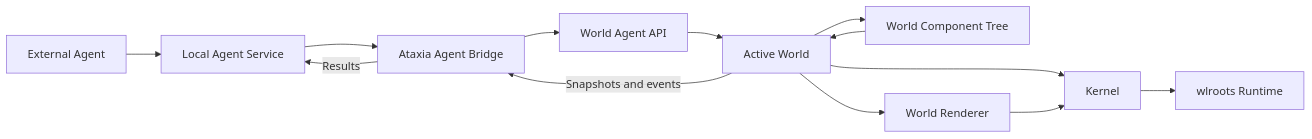
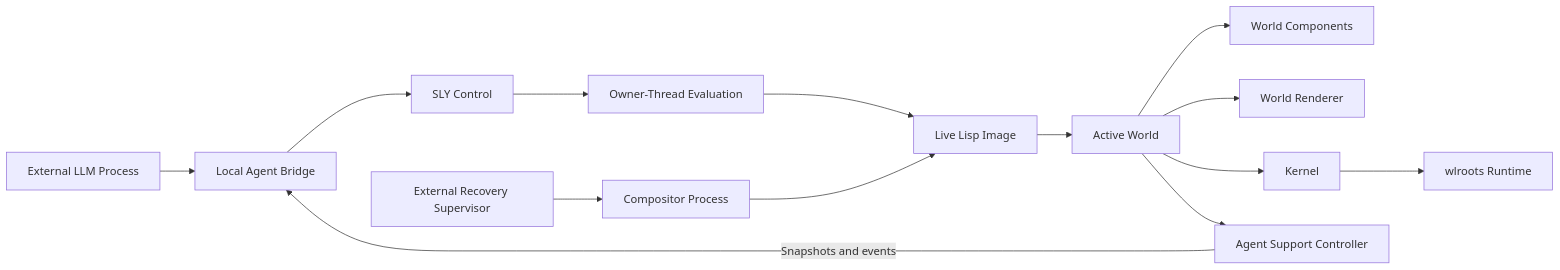
One commit to SeungheonOh/ataxia changed the first of 9 diagrams in docs/AGENT_INTEGRATION.md. Above: the diagram before and after it, drawn with Mermaid. The commit also changed other lines of this file, not shown here.

Commit message:
docs: redesign agent control recovery

````diff
--- a/docs/AGENT_INTEGRATION.md
+++ b/docs/AGENT_INTEGRATION.md
@@ -27,17 +30,19 @@
 ```mermaid
 flowchart LR
-    Agent[External Agent] --> Service[Local Agent Service]
-    Service --> Bridge[Ataxia Agent Bridge]
-    Bridge --> API[World Agent API]
-    API --> World[Active World]
+    Agent[External LLM Process] --> Bridge[Local Agent Bridge]
+    Bridge --> SLY[SLY Control]
+    SLY --> Owner[Owner-Thread Evaluation]
+    Owner --> Image[Live Lisp Image]
+    Image --> World[Active World]
 
-    World --> Components[World Component Tree]
+    World --> Components[World Components]
     World --> Renderer[World Renderer]
     World --> Kernel[Kernel]
     Kernel --> Runtime[wlroots Runtime]
 
-    Components --> World
-    Renderer --> Kernel
-    World -->|Snapshots and events| Bridge
-    Bridge -->|Results| Service
+    World --> Support[Agent Support Controller]
+    Support -->|Snapshots and events| Bridge
+
+    Supervisor[External Recovery Supervisor] --> Process[Compositor Process]
+    Process --> Image
 ```
````
